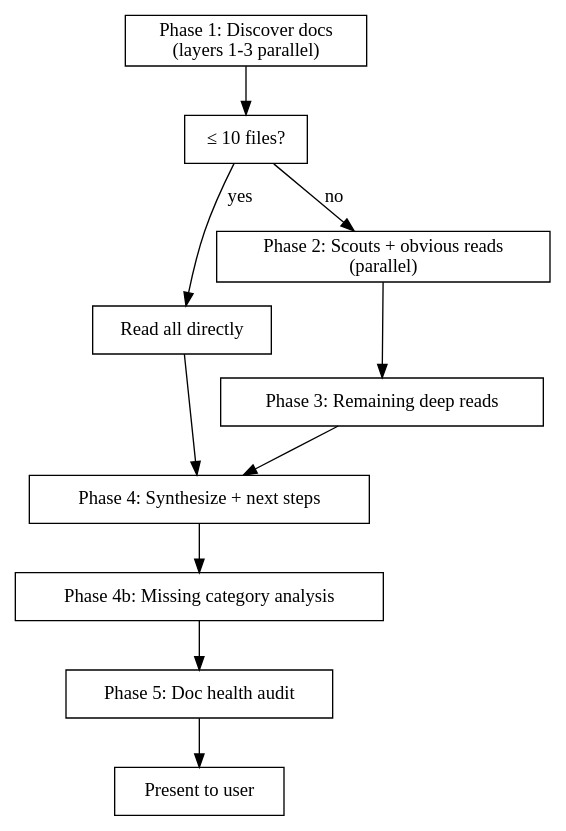
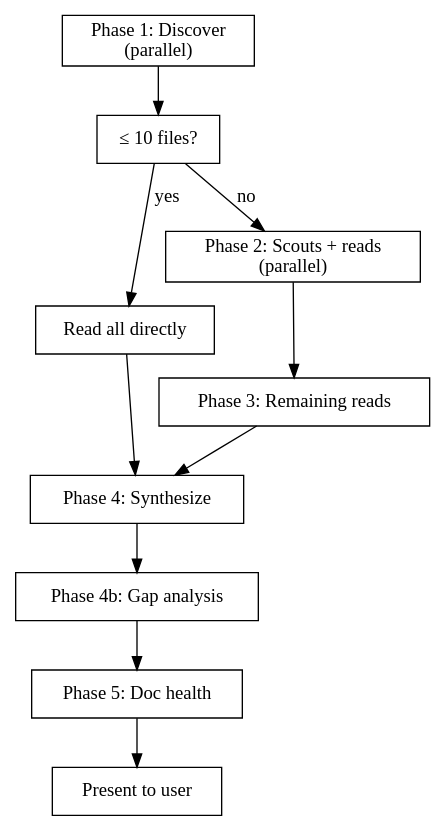
The diagram in skills/recon/SKILL.md (Quigleybits/custom_claude_skills), drawn with Graphviz before and after one commit. The commit also changed other lines of this file and 1 other file, not shown here.

````diff
--- a/skills/recon/SKILL.md
+++ b/skills/recon/SKILL.md
@@ -14,15 +14,14 @@
 ```dot
 digraph recon {
-    rankdir=TB;
-    node [shape=box];
-    "Phase 1: Discover docs\n(layers 1-3 parallel)" -> "≤ 10 files?" [shape=diamond];
+    rankdir=TB; node [shape=box];
+    "Phase 1: Discover\n(parallel)" -> "≤ 10 files?" [shape=diamond];
     "≤ 10 files?" -> "Read all directly" [label="yes"];
-    "≤ 10 files?" -> "Phase 2: Scouts + obvious reads\n(parallel)" [label="no"];
-    "Phase 2: Scouts + obvious reads\n(parallel)" -> "Phase 3: Remaining deep reads";
-    "Read all directly" -> "Phase 4: Synthesize + next steps";
-    "Phase 3: Remaining deep reads" -> "Phase 4: Synthesize + next steps";
-    "Phase 4: Synthesize + next steps" -> "Phase 4b: Missing category analysis";
-    "Phase 4b: Missing category analysis" -> "Phase 5: Doc health audit";
-    "Phase 5: Doc health audit" -> "Present to user" [shape=doublecircle];
+    "≤ 10 files?" -> "Phase 2: Scouts + reads\n(parallel)" [label="no"];
+    "Phase 2: Scouts + reads\n(parallel)" -> "Phase 3: Remaining reads";
+    "Read all directly" -> "Phase 4: Synthesize";
+    "Phase 3: Remaining reads" -> "Phase 4: Synthesize";
+    "Phase 4: Synthesize" -> "Phase 4b: Gap analysis";
+    "Phase 4b: Gap analysis" -> "Phase 5: Doc health";
+    "Phase 5: Doc health" -> "Present to user" [shape=doublecircle];
 }
 ```
````
